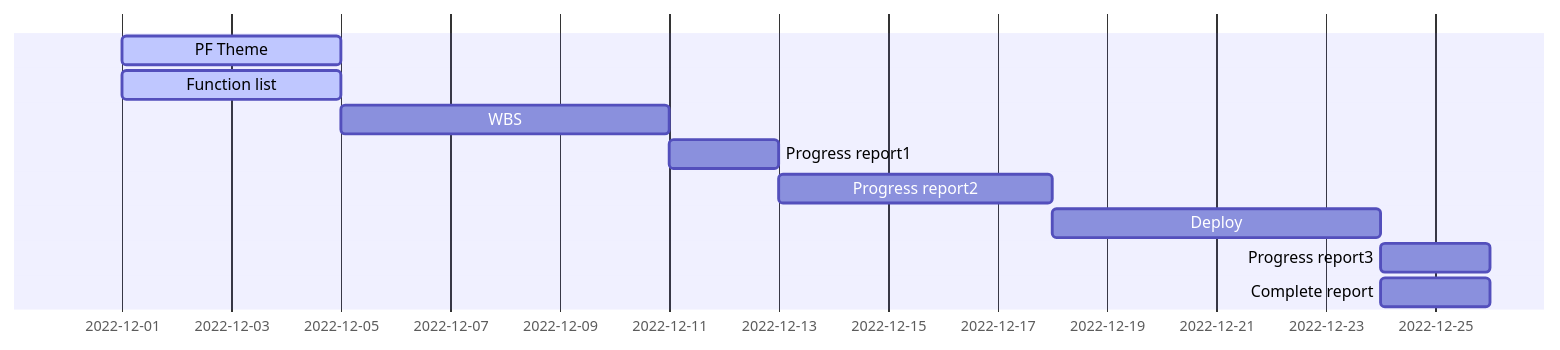
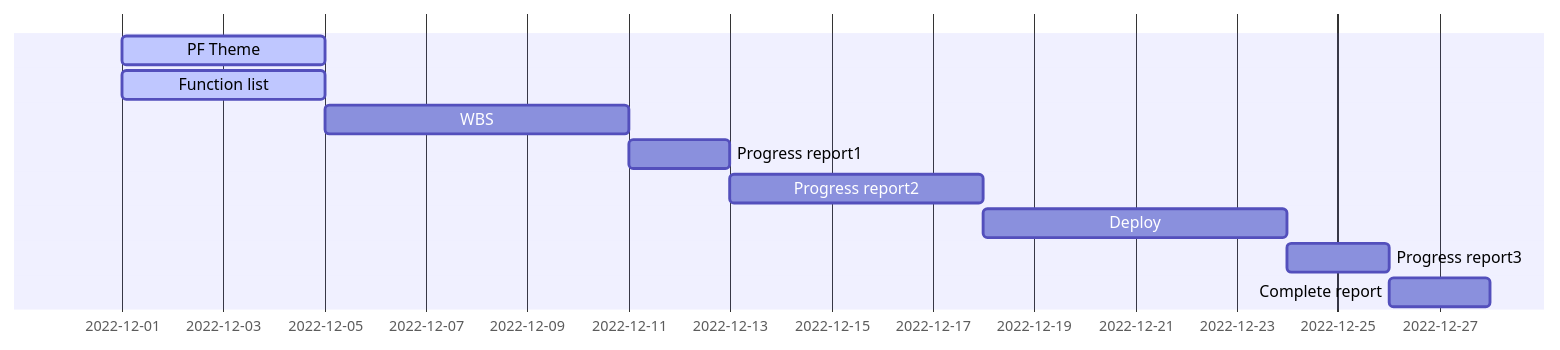
One commit to urotansh/git-practice changed the diagram in ganttChart.md. Above: the diagram before and after it, drawn with Mermaid.

Commit message:
ganttChart5

````diff
--- a/ganttChart.md
+++ b/ganttChart.md
@@ -1,11 +1,11 @@
 ```mermaid
 gantt
   PF Theme         : active, t1, 2022-12-01, 4d
   Function list    : active, t2, 2022-12-01, 4d
   WBS              :         t3, after t2,   6d
   Progress report1 :         t4, after t3,   2d
   Progress report2 :         t5, after t4,   5d
   Deploy           :         t6, after t5,   6d
-  Progress report3 :         t7, after t6,   2d
-  Complete report  :             2022-12-24, 2d
+  Progress report3 :         t7, 2022-12-24, 2d
+  Complete report  :         t8, after t7,   2d
 ```
````
